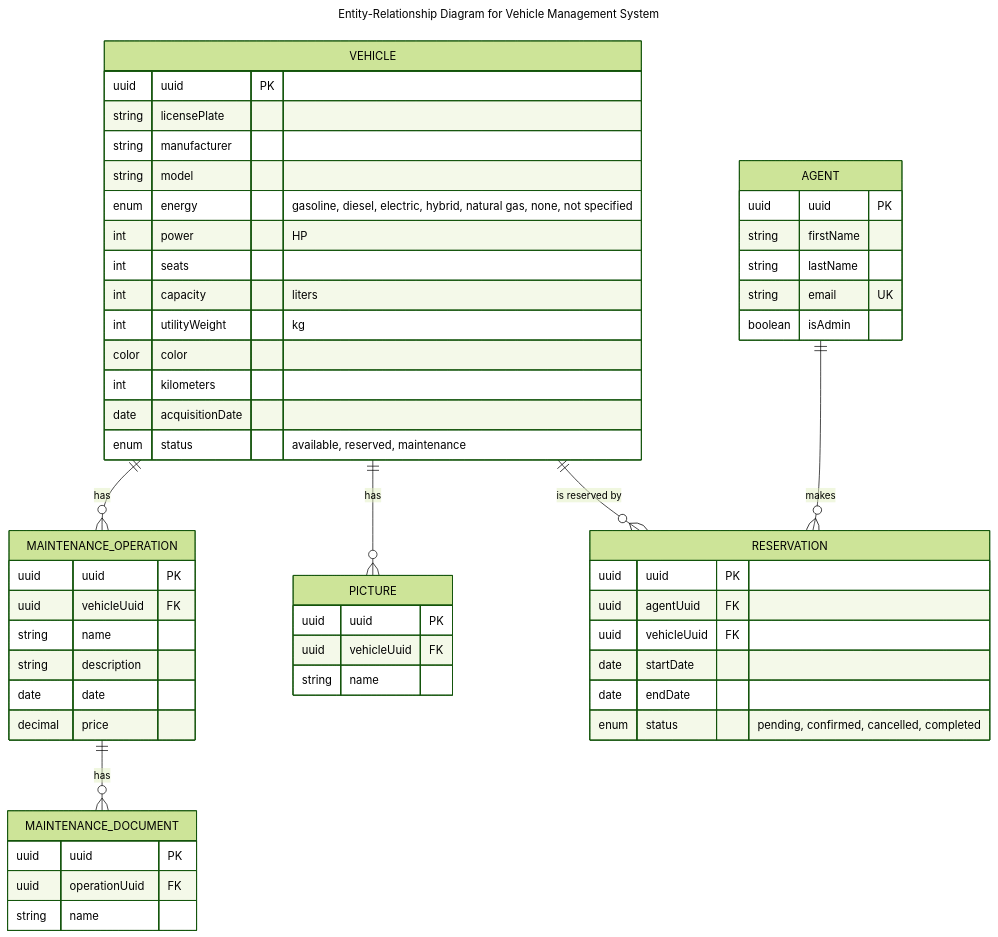
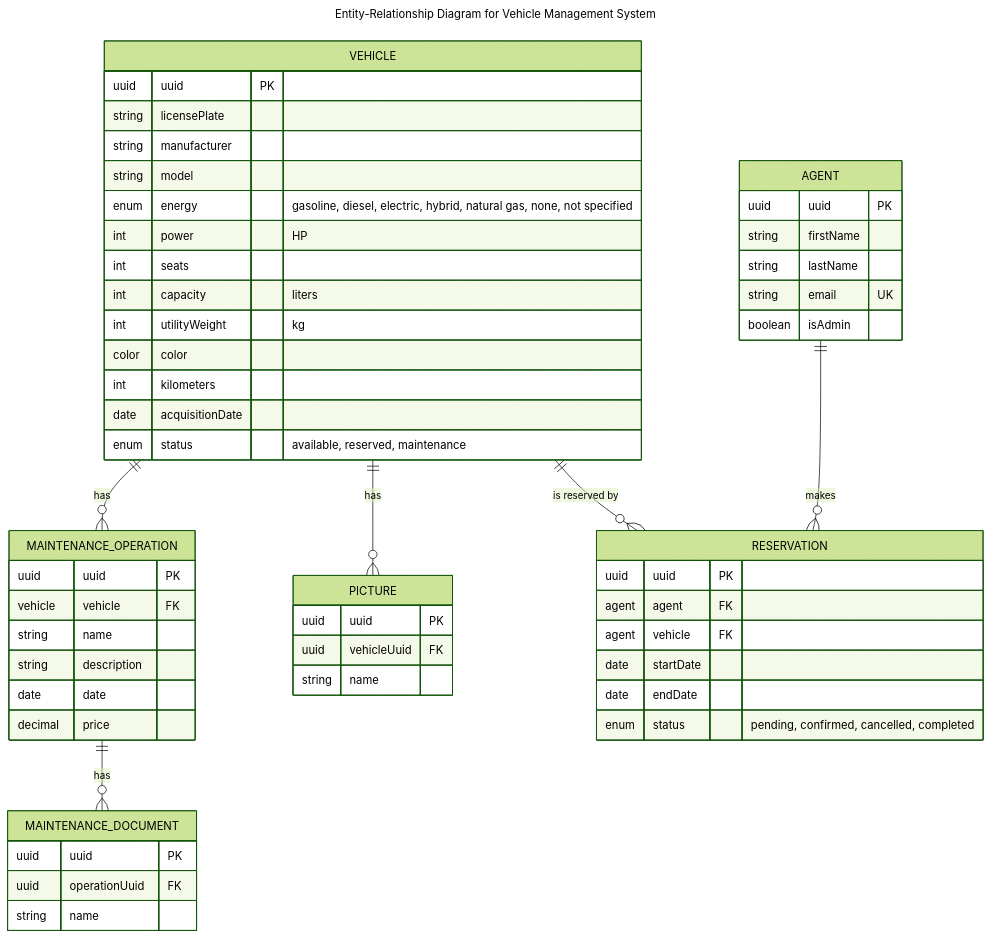
One commit to NathanFerry/wherethecar changed the diagram in docs/domain/er-diagram.md. Above: the diagram before and after it, drawn with Mermaid (forest theme).

Commit message:
Adjusted diagrams. It will be changed again!

````diff
--- a/docs/domain/er-diagram.md
+++ b/docs/domain/er-diagram.md
@@ -1,65 +1,65 @@
 ```mermaid
 ---
 title: Entity-Relationship Diagram for Vehicle Management System
 ---
 erDiagram
     VEHICLE ||--o{ MAINTENANCE_OPERATION : has
     VEHICLE ||--o{ PICTURE : has
     VEHICLE ||--o{ RESERVATION : "is reserved by"
     MAINTENANCE_OPERATION ||--o{ MAINTENANCE_DOCUMENT : has
     AGENT ||--o{ RESERVATION : makes
     
     VEHICLE {
         uuid uuid PK
         string licensePlate
         string manufacturer
         string model
         enum energy "gasoline, diesel, electric, hybrid, natural gas, none, not specified"
         int power "HP"
         int seats
         int capacity "liters"
         int utilityWeight "kg"
         color color
         int kilometers
         date acquisitionDate
         enum status "available, reserved, maintenance"
     }
     
     PICTURE {
         uuid uuid PK
         uuid vehicleUuid FK
         string name
     }
     
     MAINTENANCE_OPERATION {
         uuid uuid PK
-        uuid vehicleUuid FK
+        vehicle vehicle FK
         string name
         string description
         date date
         decimal price
     }
     
     MAINTENANCE_DOCUMENT {
         uuid uuid PK
         uuid operationUuid FK
         string name
     }
     
     AGENT {
         uuid uuid PK
         string firstName
         string lastName
         string email UK
         boolean isAdmin
     }
     
     RESERVATION {
         uuid uuid PK
-        uuid agentUuid FK
-        uuid vehicleUuid FK
+        agent agent FK
+        agent vehicle FK
         date startDate
         date endDate
         enum status "pending, confirmed, cancelled, completed"
     }
 ```
````
